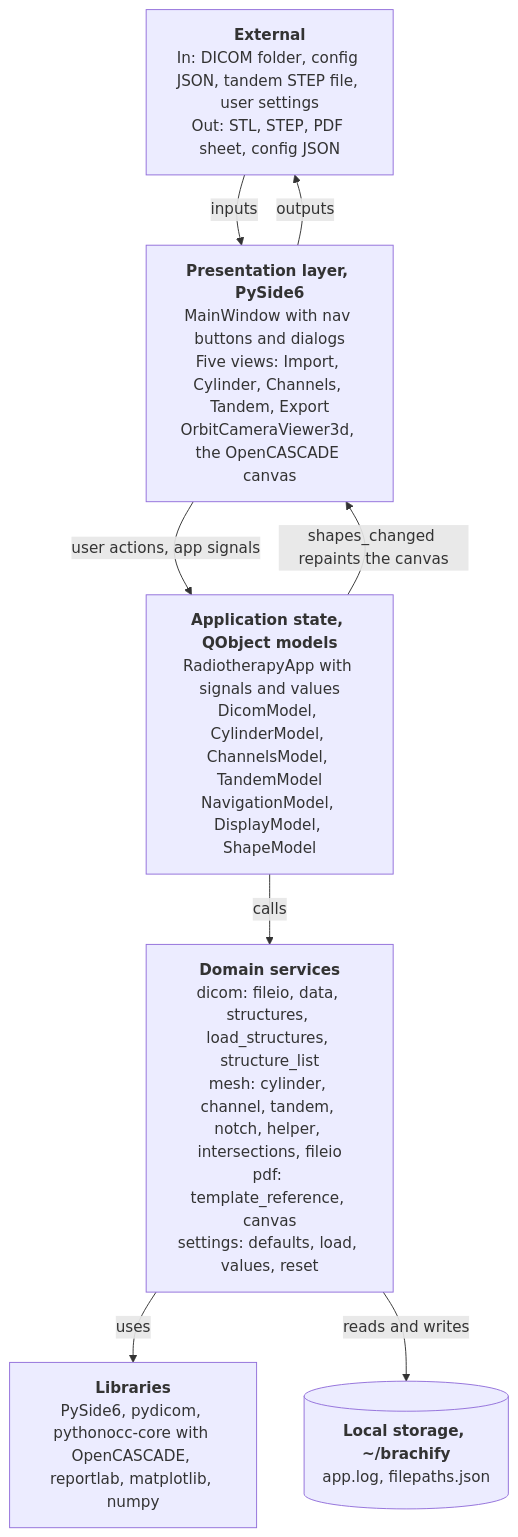
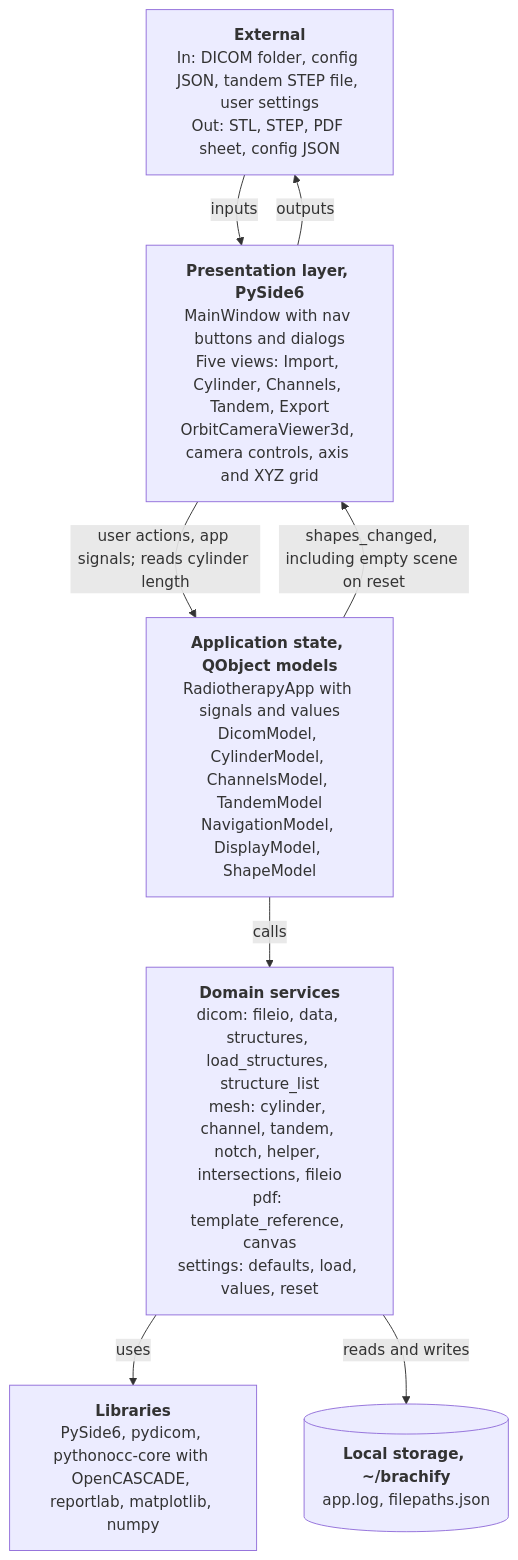
Before and after one commit to COSC-499-W2026/capstone-project-team-10: the diagram in docs/architecture/diagrams/system-architecture.mmd, drawn with Mermaid. The commit also changed 14 other files, not shown here.

```diff
--- a/docs/architecture/diagrams/system-architecture.mmd
+++ b/docs/architecture/diagrams/system-architecture.mmd
@@ -1,17 +1,17 @@
 %% title: System architecture
 %% alt: System architecture of brachify, a layered desktop application with a presentation layer, application state, domain services, third party libraries and local storage
 flowchart TB
   ext["<b>External</b><br/>In: DICOM folder, config JSON, tandem STEP file, user settings<br/>Out: STL, STEP, PDF sheet, config JSON"]
-  pres["<b>Presentation layer, PySide6</b><br/>MainWindow with nav buttons and dialogs<br/>Five views: Import, Cylinder, Channels, Tandem, Export<br/>OrbitCameraViewer3d, the OpenCASCADE canvas"]
+  pres["<b>Presentation layer, PySide6</b><br/>MainWindow with nav buttons and dialogs<br/>Five views: Import, Cylinder, Channels, Tandem, Export<br/>OrbitCameraViewer3d, camera controls, axis and XYZ grid"]
   state["<b>Application state, QObject models</b><br/>RadiotherapyApp with signals and values<br/>DicomModel, CylinderModel, ChannelsModel, TandemModel<br/>NavigationModel, DisplayModel, ShapeModel"]
   domain["<b>Domain services</b><br/>dicom: fileio, data, structures, load_structures, structure_list<br/>mesh: cylinder, channel, tandem, notch, helper, intersections, fileio<br/>pdf: template_reference, canvas<br/>settings: defaults, load, values, reset"]
   lib["<b>Libraries</b><br/>PySide6, pydicom, pythonocc-core with OpenCASCADE, reportlab, matplotlib, numpy"]
   disk[("<b>Local storage, ~/brachify</b><br/>app.log, filepaths.json")]
 
   ext -->|"inputs"| pres
   pres -->|"outputs"| ext
-  pres -->|"user actions, app signals"| state
-  state -->|"shapes_changed repaints the canvas"| pres
+  pres -->|"user actions, app signals; reads cylinder length"| state
+  state -->|"shapes_changed, including empty scene on reset"| pres
   state -->|"calls"| domain
   domain -->|"uses"| lib
   domain -->|"reads and writes"| disk
```
